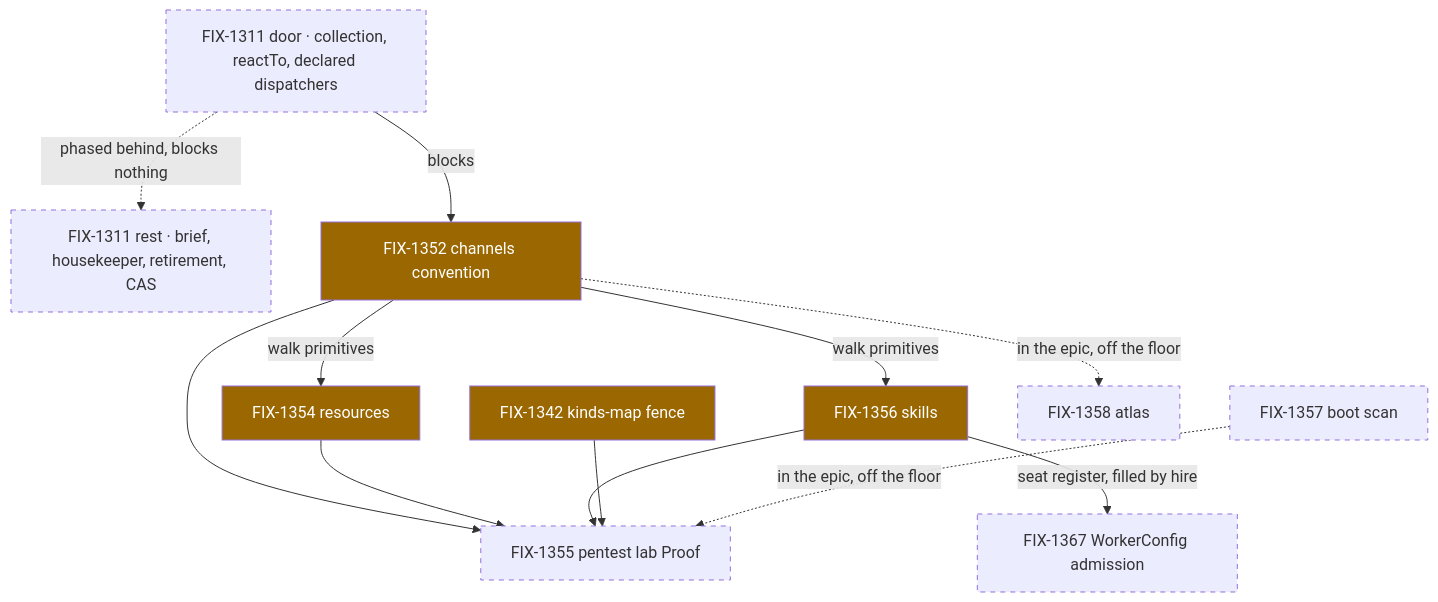
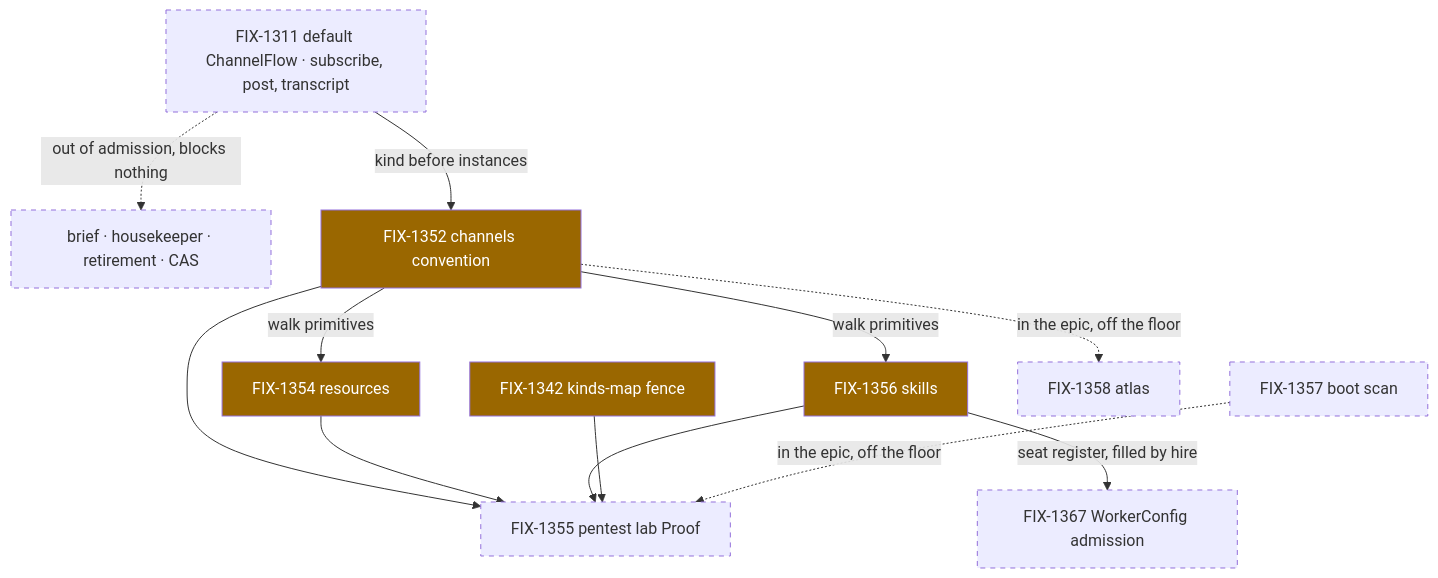
The third of 3 diagrams in spec/_epics/file-convention-surface.explainer.md (fixpoint-labs/flow-state-dev), drawn with Mermaid before and after one commit. The commit also changed other lines of this file and 1 other file, not shown here.

First line of the commit message:
spec(epic): ChannelFlow replaces Message Board on the W3 floor (FIX-1351)

````diff
--- a/spec/_epics/file-convention-surface.explainer.md
+++ b/spec/_epics/file-convention-surface.explainer.md
@@ -48,28 +48,28 @@
 ```mermaid
 flowchart TD
-  DOOR["FIX-1311 door · collection, reactTo, declared dispatchers"]
-  REST["FIX-1311 rest · brief, housekeeper, retirement, CAS"]
+  DOOR["FIX-1311 default ChannelFlow · subscribe, post, transcript"]
+  REST["brief · housekeeper · retirement · CAS"]
   CH["FIX-1352 channels convention"]
   RES["FIX-1354 resources"]
   SK["FIX-1356 skills"]
   K["FIX-1342 kinds-map fence"]
   BOOT["FIX-1357 boot scan"]
   LAB["FIX-1355 pentest lab Proof"]
   ATL["FIX-1358 atlas"]
   CFG["FIX-1367 WorkerConfig admission"]
-  DOOR -->|blocks| CH
-  DOOR -.->|"phased behind, blocks nothing"| REST
+  DOOR -->|"kind before instances"| CH
+  DOOR -.->|"out of admission, blocks nothing"| REST
   CH -->|walk primitives| RES
   CH -->|walk primitives| SK
   CH --> LAB
   RES --> LAB
   SK --> LAB
   K --> LAB
   BOOT -.->|"in the epic, off the floor"| LAB
   CH -.->|"in the epic, off the floor"| ATL
   SK -->|"seat register, filled by hire"| CFG
   classDef inflight fill:#9a6700,color:#fff
   classDef todo stroke-dasharray:5 5
   class CH,RES,SK,K inflight
   class DOOR,REST,LAB,ATL,BOOT,CFG todo
 ```
````
